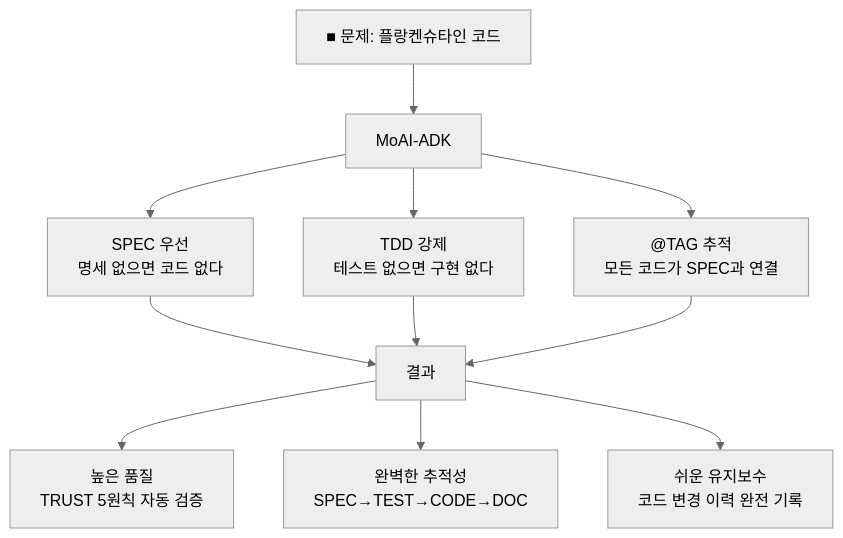
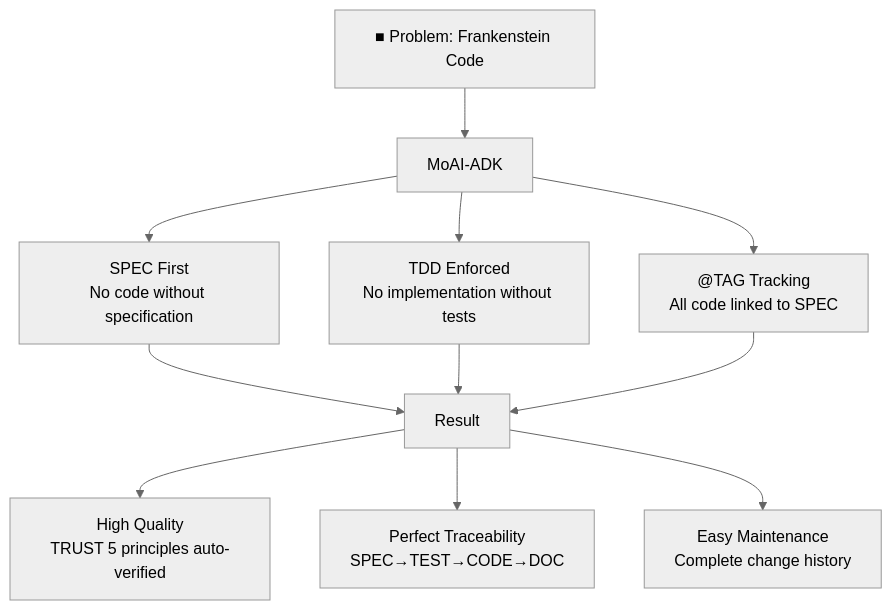
The diagram in README.md (modu-ai/moai-adk), drawn with Mermaid before and after one commit. The commit also changed other lines of this file and 5 other files, not shown here.

````diff
--- a/README.md
+++ b/README.md
@@ -66,16 +59,16 @@
 ```mermaid
 %%{init: {'theme':'neutral'}}%%
 flowchart TD
-    Problem["■ 문제: 플랑켄슈타인 코드"] --> Solution["MoAI-ADK"]
-    Solution --> SPEC["SPEC 우선<br/>명세 없으면 코드 없다"]
-    Solution --> TDD["TDD 강제<br/>테스트 없으면 구현 없다"]
-    Solution --> TAG["@TAG 추적<br/>모든 코드가 SPEC과 연결"]
+    Problem["■ Problem: Frankenstein Code"] --> Solution["MoAI-ADK"]
+    Solution --> SPEC["SPEC First<br/>No code without specification"]
+    Solution --> TDD["TDD Enforced<br/>No implementation without tests"]
+    Solution --> TAG["@TAG Tracking<br/>All code linked to SPEC"]
 
-    SPEC --> Result["결과"]
+    SPEC --> Result["Result"]
     TDD --> Result
     TAG --> Result
 
-    Result --> Quality["높은 품질<br/>TRUST 5원칙 자동 검증"]
-    Result --> Track["완벽한 추적성<br/>SPEC→TEST→CODE→DOC"]
-    Result --> Maintain["쉬운 유지보수<br/>코드 변경 이력 완전 기록"]
+    Result --> Quality["High Quality<br/>TRUST 5 principles auto-verified"]
+    Result --> Track["Perfect Traceability<br/>SPEC→TEST→CODE→DOC"]
+    Result --> Maintain["Easy Maintenance<br/>Complete change history"]
 ```
````
